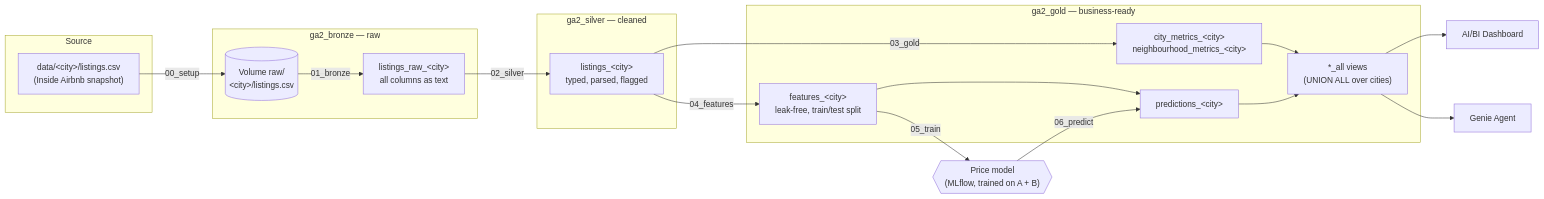
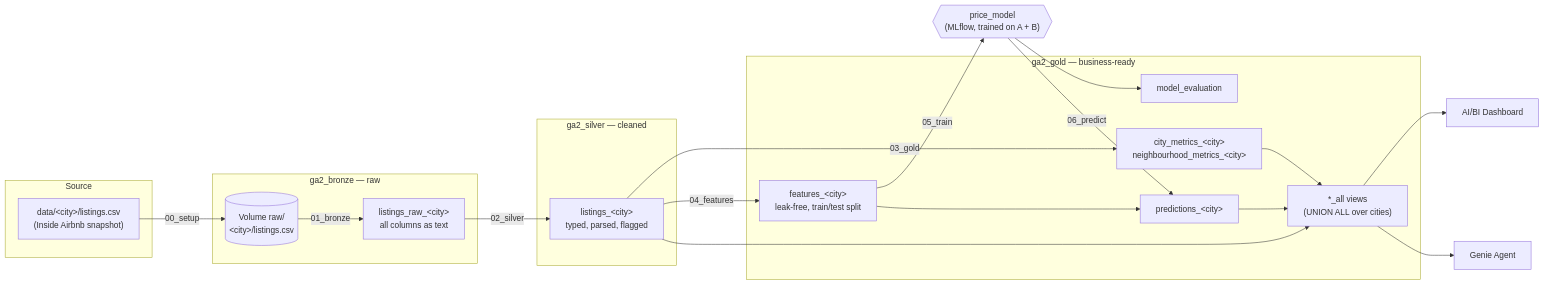
The diagram in docs/architecture.md (ruzhylopv/bda-ga2), drawn with Mermaid before and after one commit. The commit also changed other lines of this file and 2 other files, not shown here.

````diff
--- a/docs/architecture.md
+++ b/docs/architecture.md
@@ -11,37 +12,40 @@
 ```mermaid
 flowchart LR
     subgraph SRC[Source]
         CSV["data/&lt;city&gt;/listings.csv<br/>(Inside Airbnb snapshot)"]
     end
 
     subgraph BRONZE["ga2_bronze — raw"]
         VOL[("Volume raw/<br/>&lt;city&gt;/listings.csv")]
         BR["listings_raw_&lt;city&gt;<br/>all columns as text"]
     end
 
     subgraph SILVER["ga2_silver — cleaned"]
         SL["listings_&lt;city&gt;<br/>typed, parsed, flagged"]
     end
 
     subgraph GOLD["ga2_gold — business-ready"]
         MET["city_metrics_&lt;city&gt;<br/>neighbourhood_metrics_&lt;city&gt;"]
         FEAT["features_&lt;city&gt;<br/>leak-free, train/test split"]
         PRED["predictions_&lt;city&gt;"]
+        EVAL["model_evaluation"]
         ALL["*_all views<br/>(UNION ALL over cities)"]
     end
 
-    MODEL{{"Price model<br/>(MLflow, trained on A + B)"}}
+    MODEL{{"price_model<br/>(MLflow, trained on A + B)"}}
     DASH["AI/BI Dashboard"]
     GENIE["Genie Agent"]
 
     CSV -- 00_setup --> VOL -- 01_bronze --> BR -- 02_silver --> SL
     SL -- 03_gold --> MET
     SL -- 04_features --> FEAT
     FEAT -- 05_train --> MODEL
+    MODEL --> EVAL
     FEAT --> PRED
     MODEL -- 06_predict --> PRED
     MET --> ALL
     PRED --> ALL
+    SL --> ALL
     ALL --> DASH
     ALL --> GENIE
 ```
````
